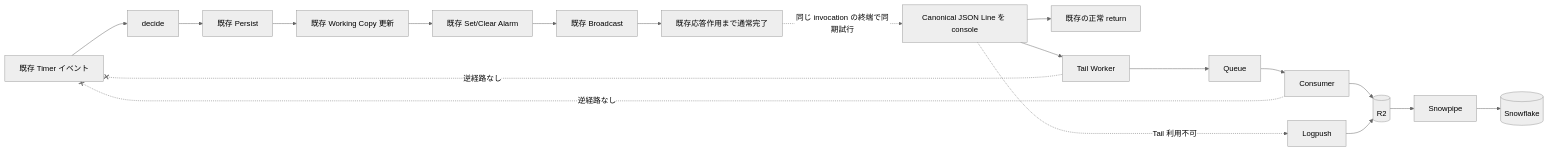
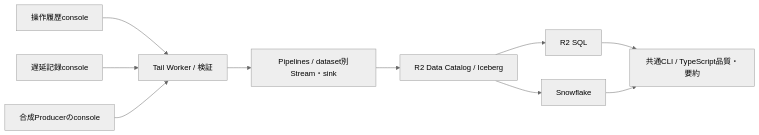
Before and after one commit to mikomokaru/durable-yudemen: the diagram in .kiro/specs/operation-history-log/design.md, drawn with Mermaid (neutral theme). The commit also changed other lines of this file and 563 other files, not shown here.

````diff
--- a/.kiro/specs/operation-history-log/design.md
+++ b/.kiro/specs/operation-history-log/design.md
@@ -61,21 +13,12 @@
 ```mermaid
 flowchart LR
-  E[既存 Timer イベント] --> D[decide]
-  D --> P[既存 Persist]
-  P --> W[既存 Working Copy 更新]
-  W --> A[既存 Set/Clear Alarm]
-  A --> B[既存 Broadcast]
-  B --> R[既存応答作用まで通常完了]
-  R -. 同じ invocation の終端で同期試行 .-> L[Canonical JSON Line を console]
-  L --> X[既存の正常 return]
-  L --> T[Tail Worker]
-  T --> Q[Queue]
-  Q --> C[Consumer]
-  C --> O[(R2)]
-  O --> S[Snowpipe]
-  S --> F[(Snowflake)]
-  L -. Tail 利用不可 .-> G[Logpush]
-  G --> O
-  T -. 逆経路なし .-x E
-  C -. 逆経路なし .-x E
+  O[操作履歴console] --> T[Tail Worker / 検証]
+  D[遅延記録console] --> T
+  T --> P[Pipelines / dataset別Stream・sink]
+  P --> I[R2 Data Catalog / Iceberg]
+  I --> R[R2 SQL]
+  I --> S[Snowflake]
+  R --> C[共通CLI / TypeScript品質・要約]
+  S --> C
+  H[合成Producerのconsole] --> T
 ```
````
